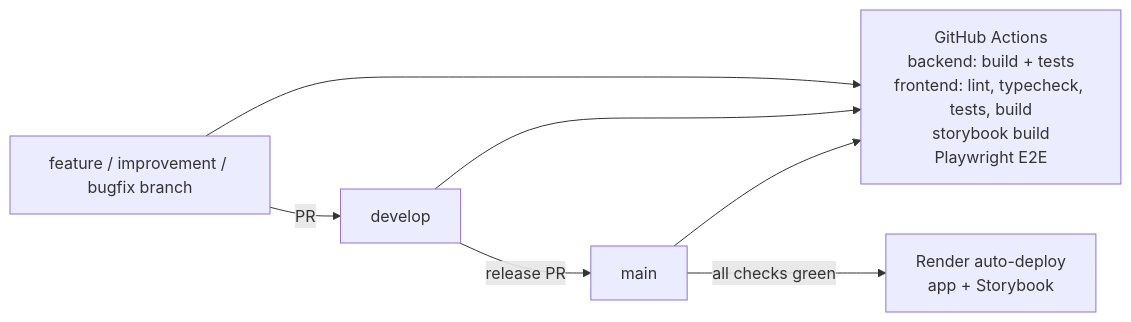
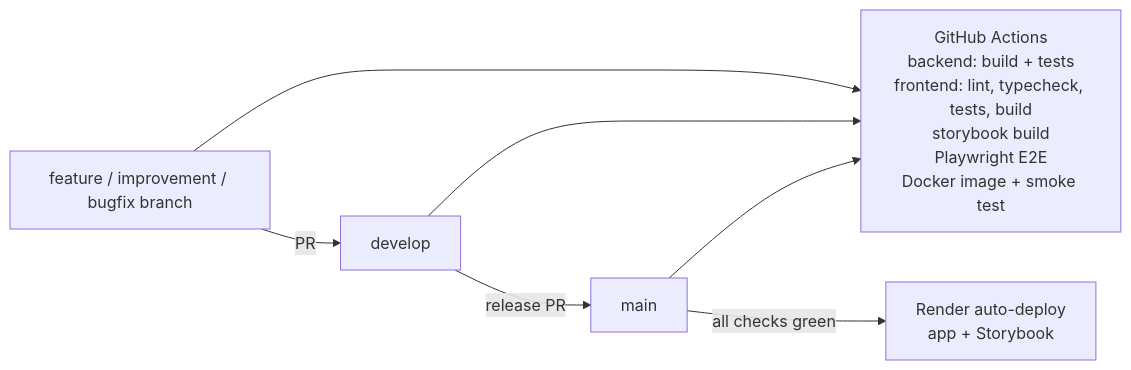
One commit to yuliaBiriukova/PupBudgetPlanner changed the third of 3 diagrams in docs/ARCHITECTURE.md. Above: the diagram before and after it, drawn with Mermaid. The commit also changed other lines of this file and 13 other files, not shown here.

Commit message:
F-009: Add Docker image, SPA hosting and Render Blueprint

````diff
--- a/docs/ARCHITECTURE.md
+++ b/docs/ARCHITECTURE.md
@@ -184,7 +187,7 @@
 ```mermaid
 flowchart LR
     F["feature / improvement / bugfix branch"] -->|PR| D[develop]
     D -->|release PR| M[main]
-    F & D & M --> CI["GitHub Actions<br/>backend: build + tests<br/>frontend: lint, typecheck, tests, build<br/>storybook build<br/>Playwright E2E"]
+    F & D & M --> CI["GitHub Actions<br/>backend: build + tests<br/>frontend: lint, typecheck, tests, build<br/>storybook build<br/>Playwright E2E<br/>Docker image + smoke test"]
     M -->|"all checks green"| R["Render auto-deploy<br/>app + Storybook"]
 ```
````
